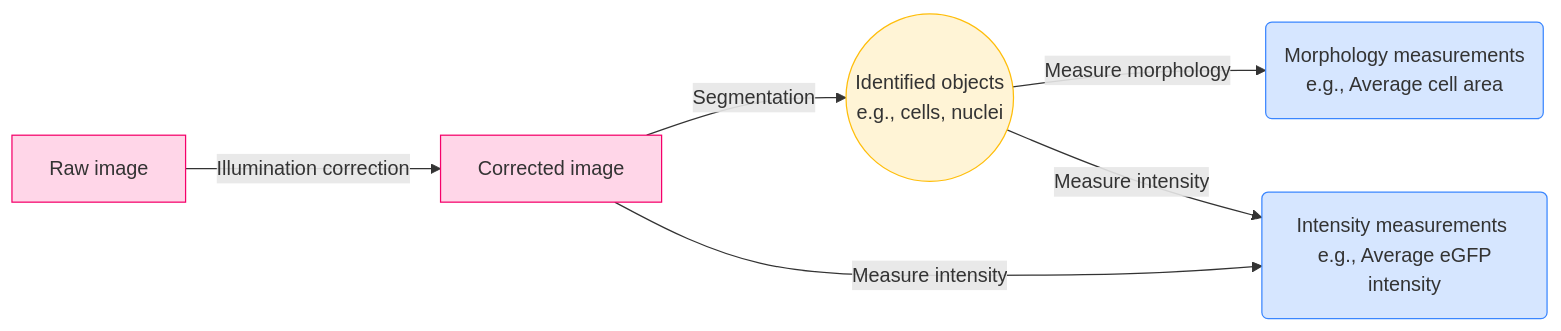
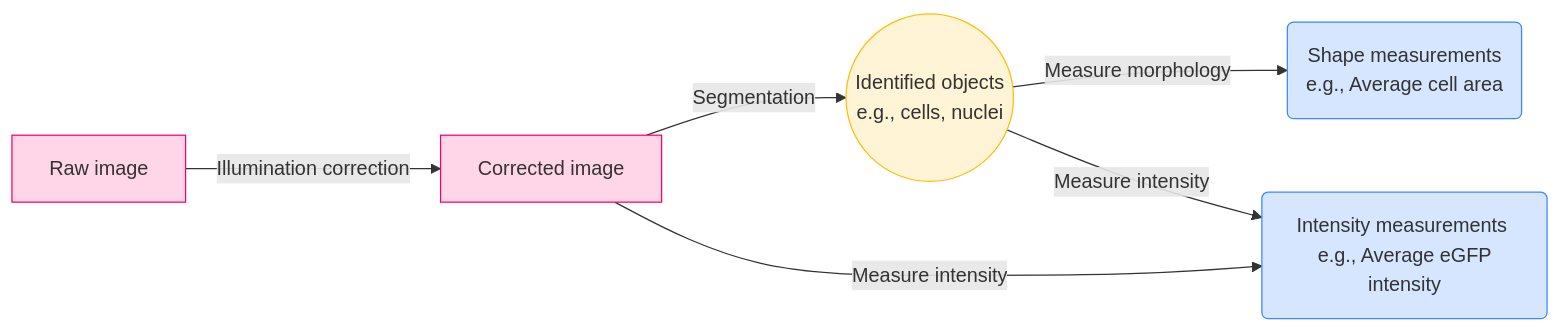
Before and after one commit to bdiazroh/MicroscopyForBeginnersReferenceGuide: the diagram in 03_Image_analysis/Introduction.md, drawn with Mermaid.

````diff
--- a/03_Image_analysis/Introduction.md
+++ b/03_Image_analysis/Introduction.md
@@ -7,19 +7,19 @@
 ```{mermaid}
 flowchart LR
    A[Raw image] -->|Illumination correction| B[Corrected image]
    B -->|Segmentation| C((Identified objects \n e.g., cells, nuclei))
-   C -->|Measure morphology| D(Morphology measurements \n e.g., Average cell area)
+   C -->|Measure morphology| D(Shape measurements \n e.g., Average cell area)
 
    B & C-->|Measure intensity|G(Intensity measurements \n e.g., Average eGFP intensity)
   classDef empty width:0px,height:0px;
 
  style G fill:#DCC7FA, stroke:#8338EC
 
  style C fill:#FFF4d6,stroke:#FFBE0B
 
  style A fill:#FFD6E8,stroke:#F5006A
  style B fill:#FFD6E8,stroke:#F5006A
 
  style D fill:#D6E6FF,stroke:#3A86FF
  style G fill:#D6E6FF,stroke:#3A86FF
 ```
````
